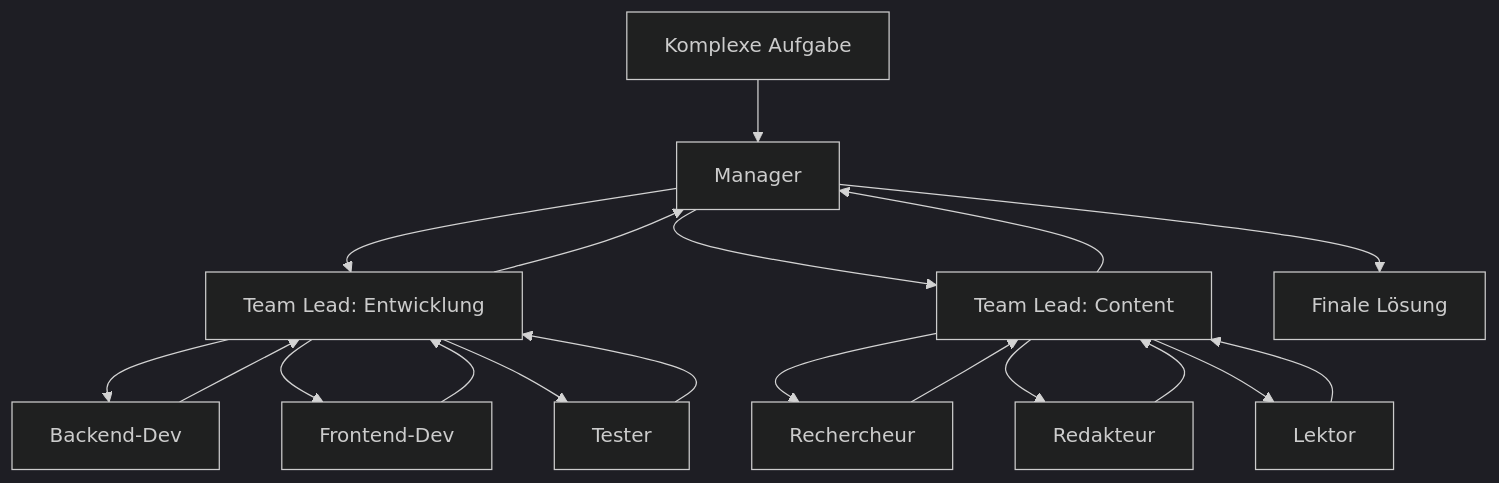
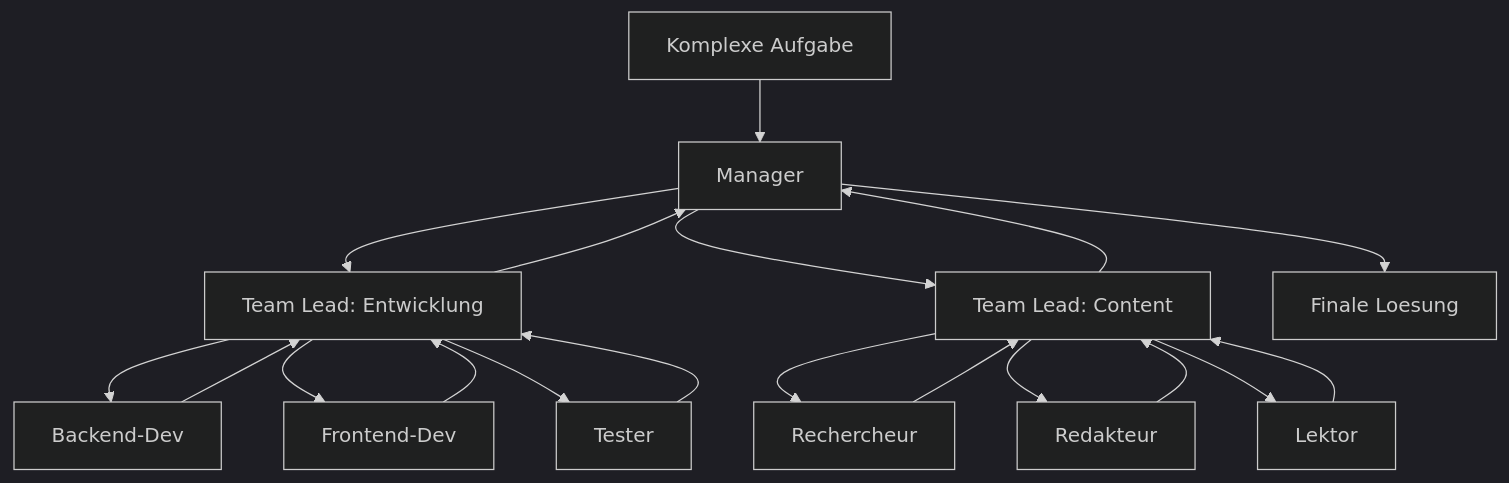
The third of 7 diagrams in docs/concepts/Multi_Agent_Systeme.md (ralf-42/Agenten), drawn with Mermaid (dark theme) before and after one commit. The commit also changed other lines of this file, not shown here.

```diff
--- a/docs/concepts/Multi_Agent_Systeme.md
+++ b/docs/concepts/Multi_Agent_Systeme.md
@@ -196,25 +196,25 @@
 <div class="mermaid">
 flowchart TD
     A[Komplexe Aufgabe] --> M[Manager]
     M --> TL1[Team Lead: Entwicklung]
     M --> TL2[Team Lead: Content]
     
     TL1 --> D1[Backend-Dev]
     TL1 --> D2[Frontend-Dev]
     TL1 --> D3[Tester]
     
     TL2 --> C1[Rechercheur]
     TL2 --> C2[Redakteur]
     TL2 --> C3[Lektor]
     
     D1 --> TL1
     D2 --> TL1
     D3 --> TL1
     C1 --> TL2
     C2 --> TL2
     C3 --> TL2
     
     TL1 --> M
     TL2 --> M
-    M --> E[Finale Lösung]
+    M --> E[Finale Loesung]
 </div>
```
